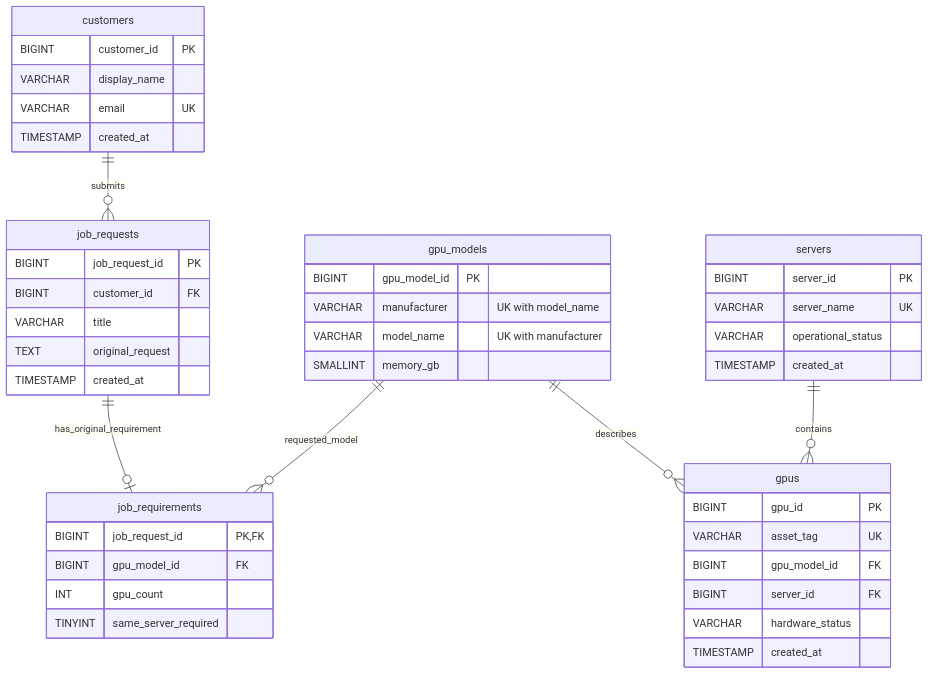
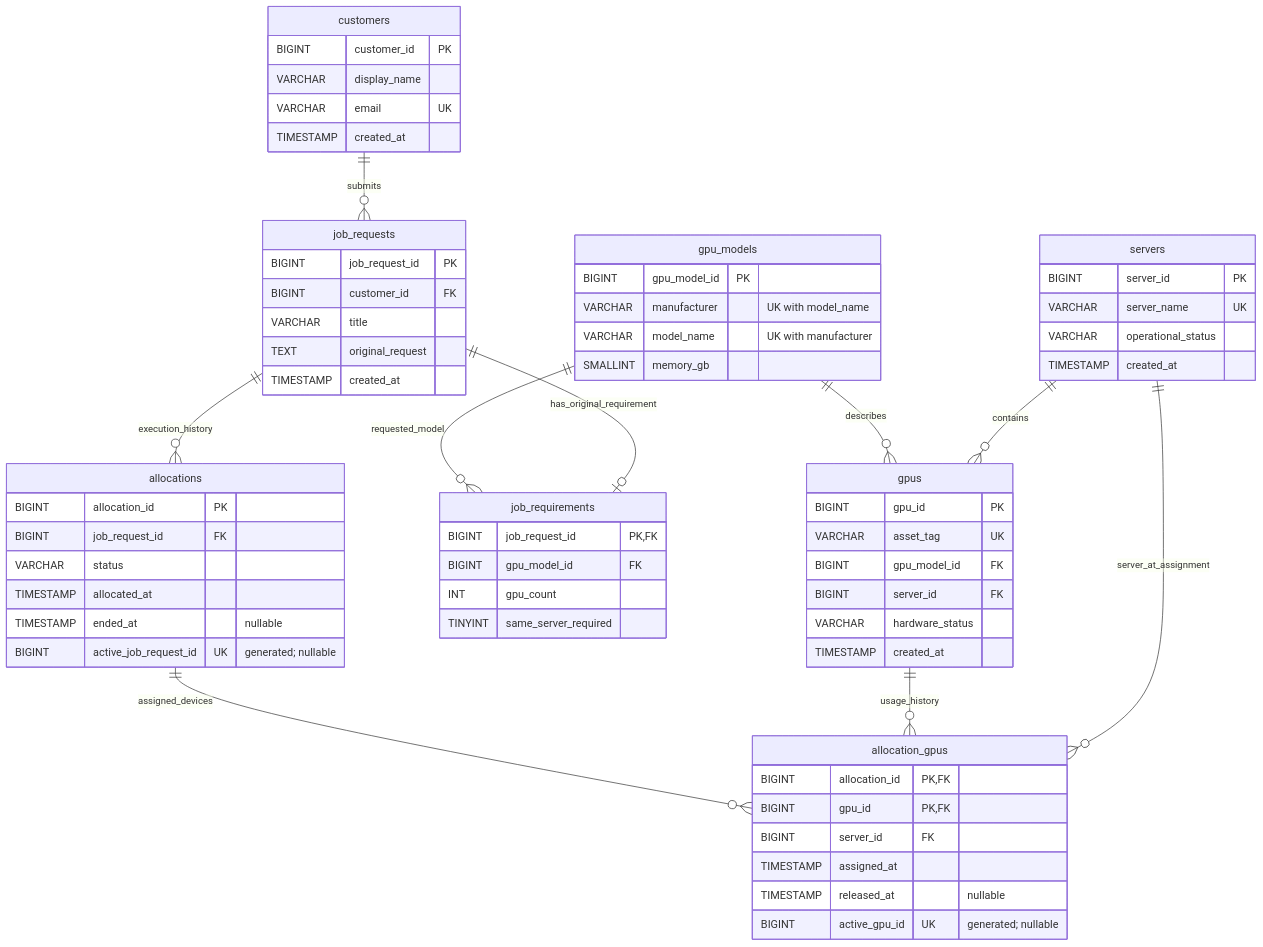
The diagram in database/erd.md (hahyeong12/AIDC-Workload-Matcher), drawn with Mermaid before and after one commit. The commit also changed other lines of this file and 19 other files, not shown here.

````diff
--- a/database/erd.md
+++ b/database/erd.md
@@ -6,48 +6,68 @@
 ```mermaid
 erDiagram
     customers ||--o{ job_requests : submits
     gpu_models ||--o{ gpus : describes
     servers ||--o{ gpus : contains
     gpu_models ||--o{ job_requirements : requested_model
     job_requests ||--o| job_requirements : has_original_requirement
+    job_requests ||--o{ allocations : execution_history
+    allocations ||--o{ allocation_gpus : assigned_devices
+    gpus ||--o{ allocation_gpus : usage_history
+    servers ||--o{ allocation_gpus : server_at_assignment
 
     customers {
         BIGINT customer_id PK
         VARCHAR display_name
         VARCHAR email UK
         TIMESTAMP created_at
     }
     gpu_models {
         BIGINT gpu_model_id PK
         VARCHAR manufacturer "UK with model_name"
         VARCHAR model_name "UK with manufacturer"
         SMALLINT memory_gb
     }
     servers {
         BIGINT server_id PK
         VARCHAR server_name UK
         VARCHAR operational_status
         TIMESTAMP created_at
     }
     gpus {
         BIGINT gpu_id PK
         VARCHAR asset_tag UK
         BIGINT gpu_model_id FK
         BIGINT server_id FK
         VARCHAR hardware_status
         TIMESTAMP created_at
     }
     job_requests {
         BIGINT job_request_id PK
         BIGINT customer_id FK
         VARCHAR title
         TEXT original_request
         TIMESTAMP created_at
     }
     job_requirements {
         BIGINT job_request_id PK, FK
         BIGINT gpu_model_id FK
         INT gpu_count
         TINYINT same_server_required
     }
+    allocations {
+        BIGINT allocation_id PK
+        BIGINT job_request_id FK
+        VARCHAR status
+        TIMESTAMP allocated_at
+        TIMESTAMP ended_at "nullable"
+        BIGINT active_job_request_id UK "generated; nullable"
+    }
+    allocation_gpus {
+        BIGINT allocation_id PK,FK
+        BIGINT gpu_id PK,FK
+        BIGINT server_id FK
+        TIMESTAMP assigned_at
+        TIMESTAMP released_at "nullable"
+        BIGINT active_gpu_id UK "generated; nullable"
+    }
 ```
````
